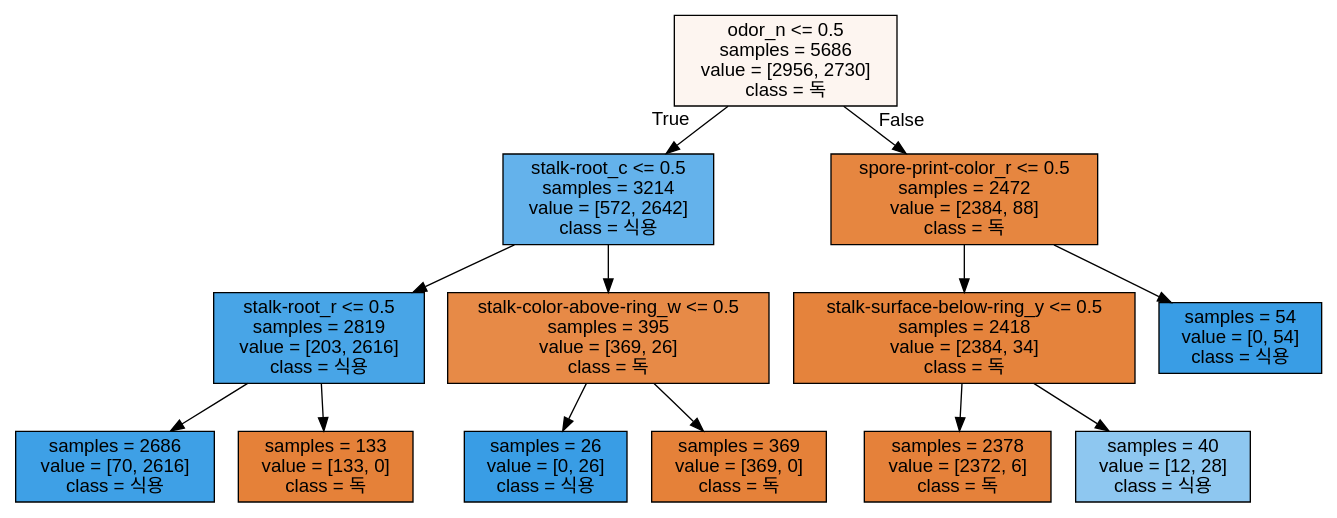
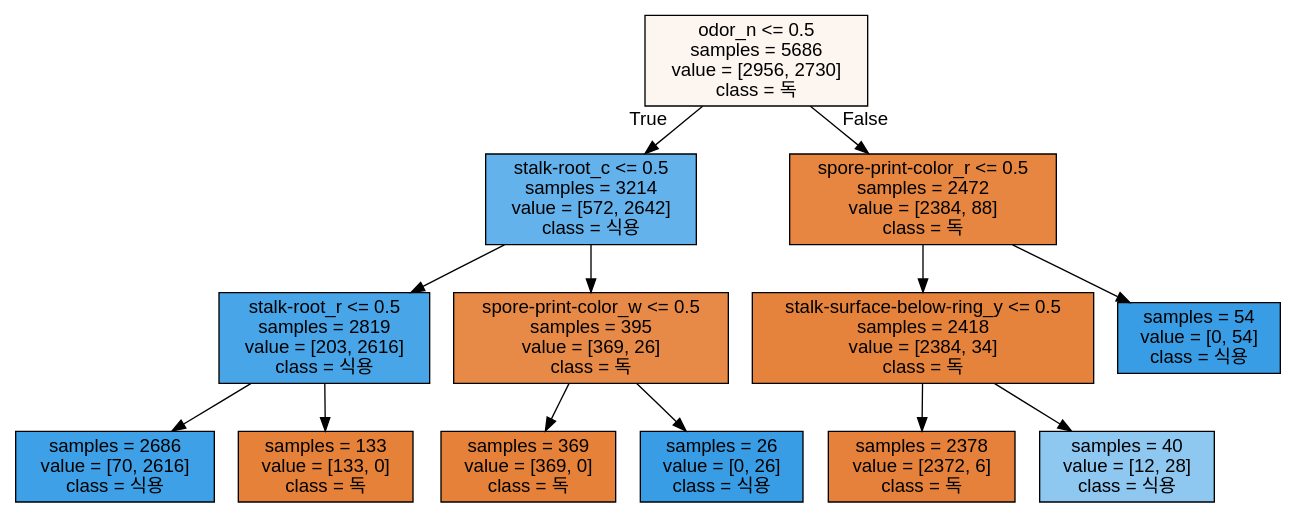
The diagram in tree.dot (ydydydydydy/MachineLearning), drawn with Graphviz before and after one commit. The commit also changed 7 other files, not shown here.

```diff
--- a/tree.dot
+++ b/tree.dot
@@ -1,29 +1,29 @@
 digraph Tree {
 node [shape=box, style="filled", color="black", fontname="helvetica"] ;
 edge [fontname="helvetica"] ;
 0 [label="odor_n <= 0.5\nsamples = 5686\nvalue = [2956, 2730]\nclass = 독", fillcolor="#fdf5f0"] ;
 1 [label="stalk-root_c <= 0.5\nsamples = 3214\nvalue = [572, 2642]\nclass = 식용", fillcolor="#64b2eb"] ;
 0 -> 1 [labeldistance=2.5, labelangle=45, headlabel="True"] ;
 2 [label="stalk-root_r <= 0.5\nsamples = 2819\nvalue = [203, 2616]\nclass = 식용", fillcolor="#48a5e7"] ;
 1 -> 2 ;
 3 [label="samples = 2686\nvalue = [70, 2616]\nclass = 식용", fillcolor="#3ea0e6"] ;
 2 -> 3 ;
 4 [label="samples = 133\nvalue = [133, 0]\nclass = 독", fillcolor="#e58139"] ;
 2 -> 4 ;
-5 [label="stalk-color-above-ring_w <= 0.5\nsamples = 395\nvalue = [369, 26]\nclass = 독", fillcolor="#e78a47"] ;
+5 [label="spore-print-color_w <= 0.5\nsamples = 395\nvalue = [369, 26]\nclass = 독", fillcolor="#e78a47"] ;
 1 -> 5 ;
-6 [label="samples = 26\nvalue = [0, 26]\nclass = 식용", fillcolor="#399de5"] ;
+6 [label="samples = 369\nvalue = [369, 0]\nclass = 독", fillcolor="#e58139"] ;
 5 -> 6 ;
-7 [label="samples = 369\nvalue = [369, 0]\nclass = 독", fillcolor="#e58139"] ;
+7 [label="samples = 26\nvalue = [0, 26]\nclass = 식용", fillcolor="#399de5"] ;
 5 -> 7 ;
 8 [label="spore-print-color_r <= 0.5\nsamples = 2472\nvalue = [2384, 88]\nclass = 독", fillcolor="#e68640"] ;
 0 -> 8 [labeldistance=2.5, labelangle=-45, headlabel="False"] ;
 9 [label="stalk-surface-below-ring_y <= 0.5\nsamples = 2418\nvalue = [2384, 34]\nclass = 독", fillcolor="#e5833c"] ;
 8 -> 9 ;
 10 [label="samples = 2378\nvalue = [2372, 6]\nclass = 독", fillcolor="#e5813a"] ;
 9 -> 10 ;
 11 [label="samples = 40\nvalue = [12, 28]\nclass = 식용", fillcolor="#8ec7f0"] ;
 9 -> 11 ;
 12 [label="samples = 54\nvalue = [0, 54]\nclass = 식용", fillcolor="#399de5"] ;
 8 -> 12 ;
 }
```
